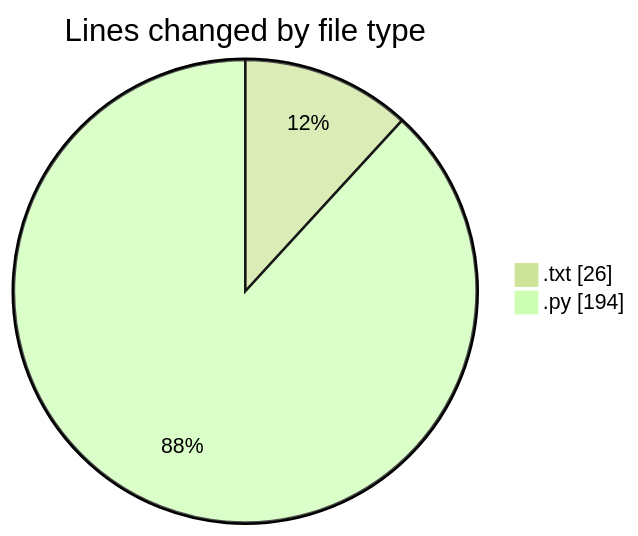
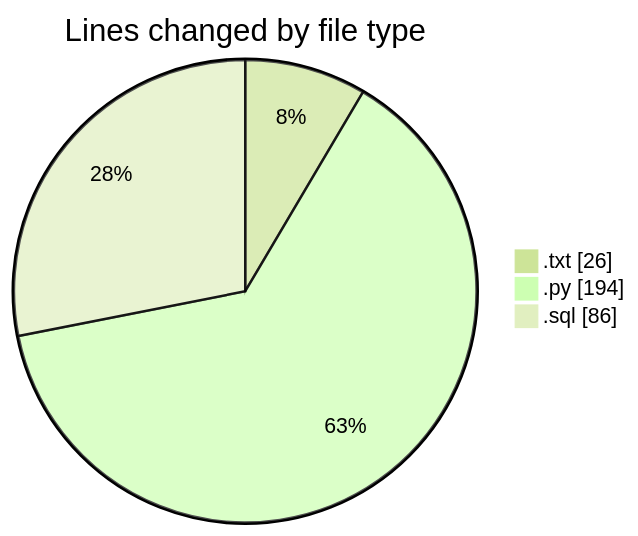
The first of 2 diagrams in 2025-09-12/datanv/README.md (lephambinh05/code-tracking), drawn with Mermaid (forest theme) before and after one commit. The commit also changed other lines of this file and 1 other file, not shown here.

````diff
--- a/2025-09-12/datanv/README.md
+++ b/2025-09-12/datanv/README.md
@@ -22,6 +23,7 @@
 ```mermaid
 pie showData
 title Lines changed by file type
 ".txt" : 26
 ".py" : 194
+".sql" : 86
 ```
````
